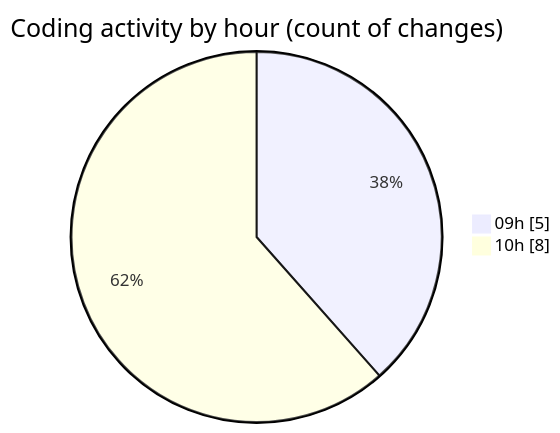
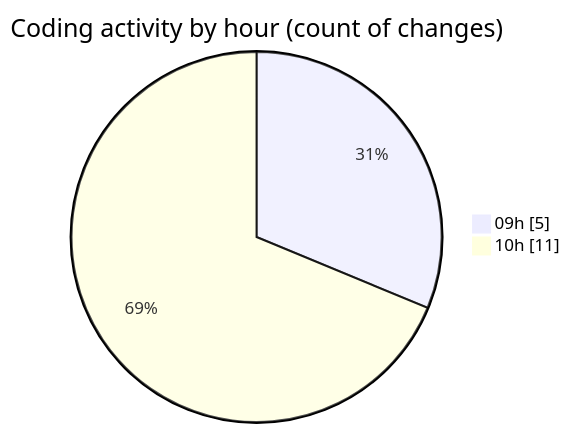
One commit to MatusMokan/code-tracking changed the second of 2 diagrams in 2025-03-09/myws__workspace_/README.md. Above: the diagram before and after it, drawn with Mermaid. The commit also changed other lines of this file and 1 other file, not shown here.

````diff
--- a/2025-03-09/myws__workspace_/README.md
+++ b/2025-03-09/myws__workspace_/README.md
@@ -30,6 +30,6 @@
 ```mermaid
 pie showData
 title Coding activity by hour (count of changes)
 "09h" : 5
-"10h" : 8
+"10h" : 11
 ```
````
